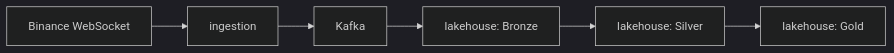
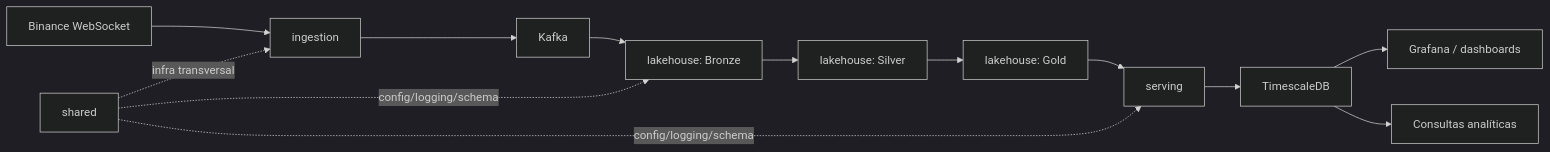
Before and after one commit to javier-fraga-garcia/mde-ucm-tfm-crypto: the diagram in README.md, drawn with Mermaid (dark theme). The commit also changed other lines of this file and 1 other file, not shown here.

Commit message:
actualizada documentacion serving y general

````diff
--- a/README.md
+++ b/README.md
@@ -21,8 +21,16 @@
 ```mermaid
 flowchart LR
     A[Binance WebSocket] --> B[ingestion]
     B --> C[Kafka]
     C --> D[lakehouse: Bronze]
     D --> E[lakehouse: Silver]
     E --> F[lakehouse: Gold]
+    F --> G[serving]
+    G --> H[TimescaleDB]
+    H --> I[Grafana / dashboards]
+    H --> J[Consultas analíticas]
+
+    K[shared] -. infra transversal .-> B
+    K -. config/logging/schema .-> D
+    K -. config/logging/schema .-> G
 ```
````
